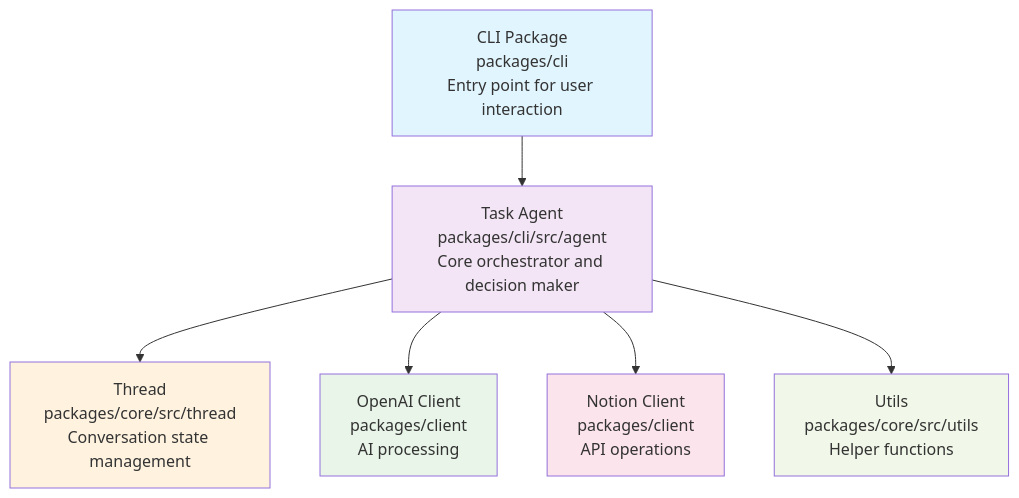
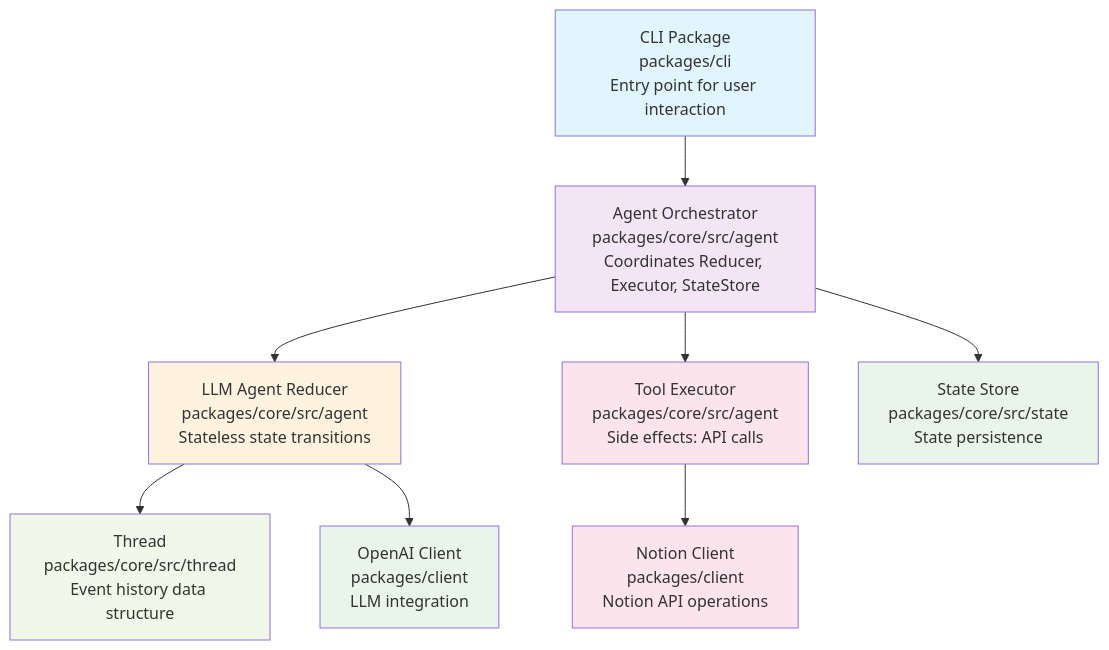
One commit to shomrkm/shochan_ai changed the first of 5 diagrams in docs/ARCHITECTURE.md. Above: the diagram before and after it, drawn with Mermaid. The commit also changed other lines of this file and 1 other file, not shown here.

First line of the commit message:
doc: complete Phase 3 implementation of Stateless Reducer pattern

````diff
--- a/docs/ARCHITECTURE.md
+++ b/docs/ARCHITECTURE.md
@@ -50,15 +52,19 @@
 ```mermaid
 graph TD
-    CLI[CLI Package<br/>packages/cli<br/>Entry point for user interaction] --> Agent[Task Agent<br/>packages/cli/src/agent<br/>Core orchestrator and decision maker]
-    Agent --> Thread[Thread<br/>packages/core/src/thread<br/>Conversation state management]
-    Agent --> OpenAI[OpenAI Client<br/>packages/client<br/>AI processing]
-    Agent --> Notion[Notion Client<br/>packages/client<br/>API operations]
-    Agent --> Utils[Utils<br/>packages/core/src/utils<br/>Helper functions]
+    CLI[CLI Package<br/>packages/cli<br/>Entry point for user interaction] --> Orchestrator[Agent Orchestrator<br/>packages/core/src/agent<br/>Coordinates Reducer, Executor, StateStore]
+    Orchestrator --> Reducer[LLM Agent Reducer<br/>packages/core/src/agent<br/>Stateless state transitions]
+    Orchestrator --> Executor[Tool Executor<br/>packages/core/src/agent<br/>Side effects: API calls]
+    Orchestrator --> StateStore[State Store<br/>packages/core/src/state<br/>State persistence]
+    Reducer --> Thread[Thread<br/>packages/core/src/thread<br/>Event history data structure]
+    Reducer --> OpenAI[OpenAI Client<br/>packages/client<br/>LLM integration]
+    Executor --> Notion[Notion Client<br/>packages/client<br/>Notion API operations]
 
     style CLI fill:#e1f5fe
-    style Agent fill:#f3e5f5
-    style Thread fill:#fff3e0
+    style Orchestrator fill:#f3e5f5
+    style Reducer fill:#fff3e0
+    style Executor fill:#fce4ec
+    style StateStore fill:#e8f5e8
+    style Thread fill:#f1f8e9
     style OpenAI fill:#e8f5e8
     style Notion fill:#fce4ec
-    style Utils fill:#f1f8e9
 ```
````
